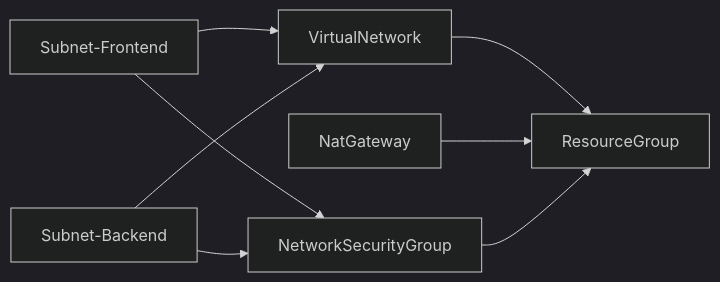
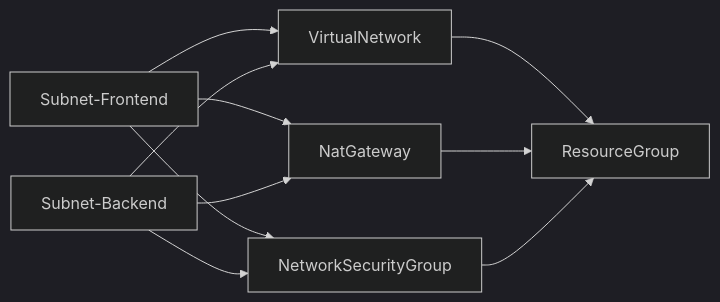
Before and after one commit to sjovang/breezy-devconf-2025: the diagram in README.md, drawn with Mermaid (dark theme).

````diff
--- a/README.md
+++ b/README.md
@@ -7,10 +7,12 @@
 ```mermaid
 flowchart LR
     VirtualNetwork --> ResourceGroup
     NatGateway --> ResourceGroup 
     NetworkSecurityGroup --> ResourceGroup
     Subnet-Frontend --> VirtualNetwork
     Subnet-Backend --> VirtualNetwork
     Subnet-Frontend --> NetworkSecurityGroup
-    Subnet-Backend --> NetworkSecurityGroup 
+    Subnet-Backend --> NetworkSecurityGroup
+    Subnet-Frontend --> NatGateway
+    Subnet-Backend --> NatGateway
 ```
````
